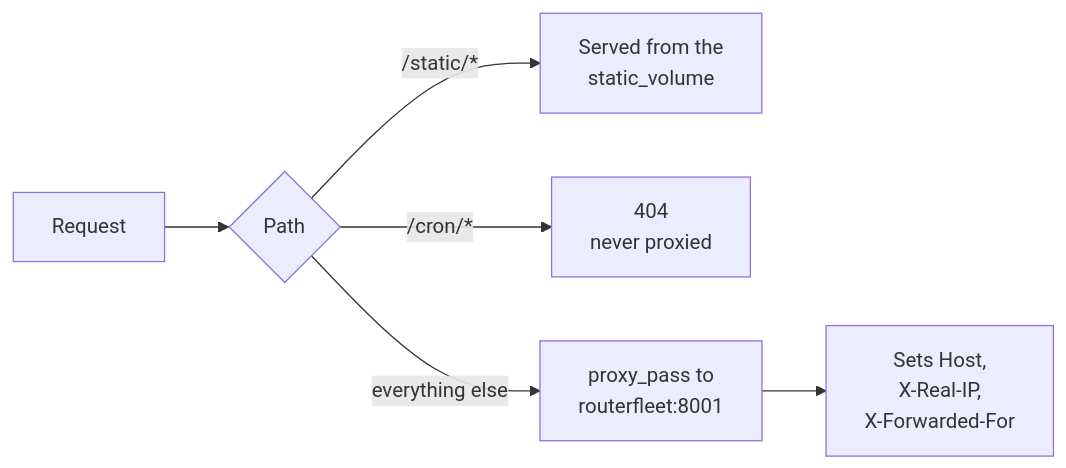
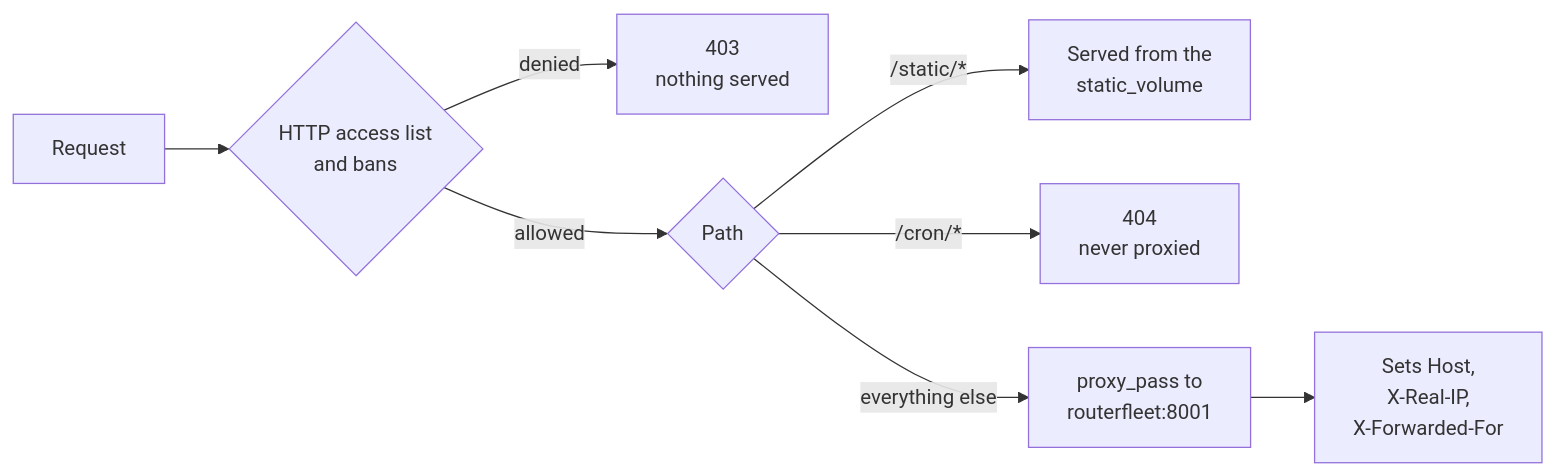
One commit to alessiobravi/routerfleet_improved changed the second of 4 diagrams in docs/architecture.md. Above: the diagram before and after it, drawn with Mermaid. The commit also changed other lines of this file and 15 other files, not shown here.

````diff
--- a/docs/architecture.md
+++ b/docs/architecture.md
@@ -44,8 +49,10 @@
 ```mermaid
 flowchart LR
-    req["Request"] --> dec{"Path"}
+    req["Request"] --> acl{"HTTP access list<br/>and bans"}
+    acl -->|"denied"| refused["403<br/>nothing served"]
+    acl -->|"allowed"| dec{"Path"}
     dec -->|"/static/*"| stat["Served from the<br/>static_volume"]
     dec -->|"/cron/*"| blocked["404<br/>never proxied"]
     dec -->|"everything else"| proxy["proxy_pass to<br/>routerfleet:8001"]
     proxy --> hdr["Sets Host,<br/>X-Real-IP,<br/>X-Forwarded-For"]
 ```
````
